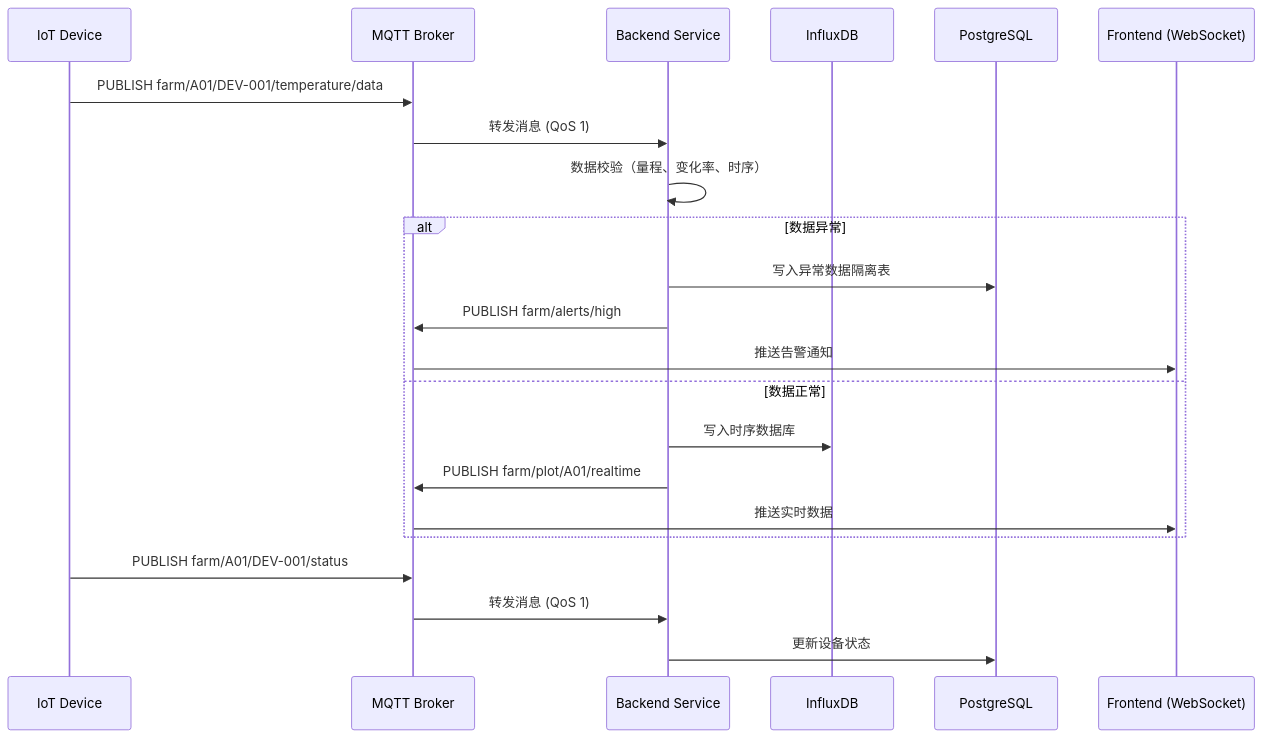
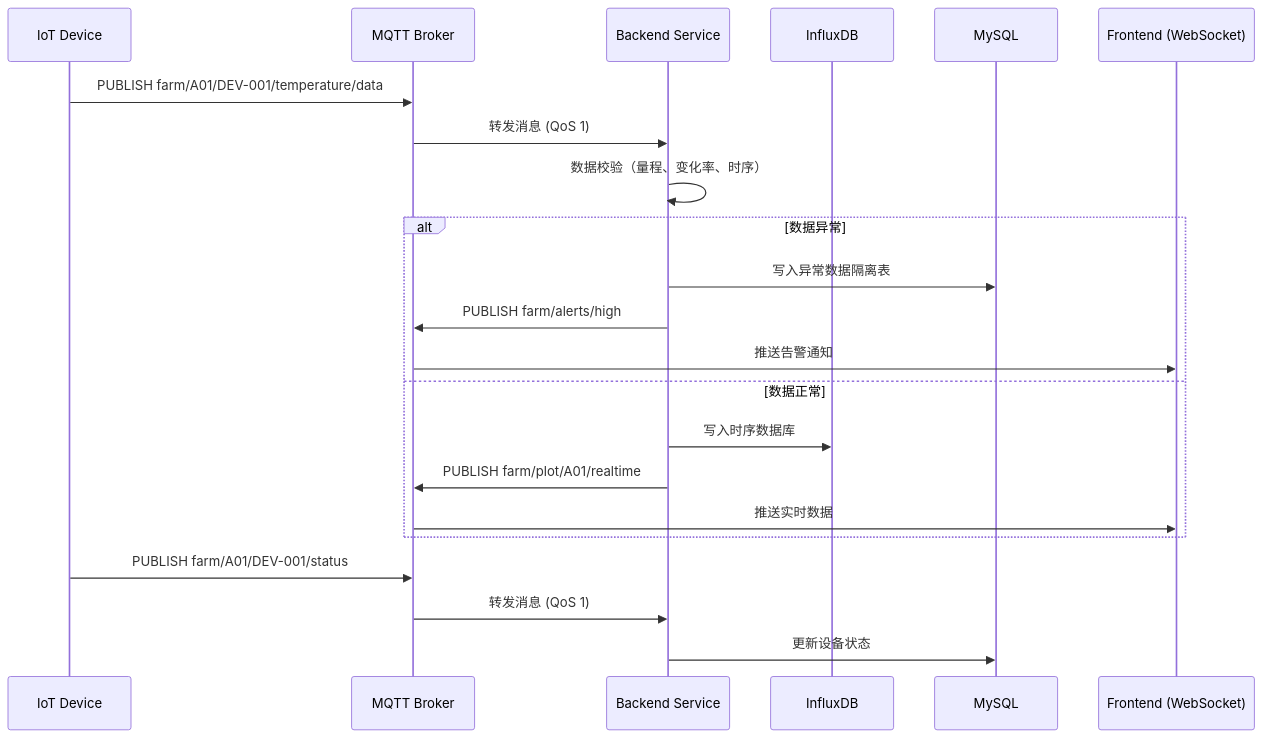
The first of 2 diagrams in specs/001-farm-management-system/contracts/mqtt-contracts.md (abc-nikc/Agri_005), drawn with Mermaid before and after one commit. The commit also changed other lines of this file and 38 other files, not shown here.

Commit message:
fix: complete MySQL migration and startup flow

````diff
--- a/specs/001-farm-management-system/contracts/mqtt-contracts.md
+++ b/specs/001-farm-management-system/contracts/mqtt-contracts.md
@@ -270,27 +270,27 @@
 ```mermaid
 sequenceDiagram
     participant Device as IoT Device
     participant Broker as MQTT Broker
     participant Backend as Backend Service
     participant InfluxDB as InfluxDB
-    participant Postgres as PostgreSQL
+    participant MySQL
     participant Frontend as Frontend (WebSocket)
 
     Device->>Broker: PUBLISH farm/A01/DEV-001/temperature/data
     Broker->>Backend: 转发消息 (QoS 1)
     Backend->>Backend: 数据校验（量程、变化率、时序）
     
     alt 数据异常
-        Backend->>Postgres: 写入异常数据隔离表
+        Backend->>MySQL: 写入异常数据隔离表
         Backend->>Broker: PUBLISH farm/alerts/high
         Broker->>Frontend: 推送告警通知
     else 数据正常
         Backend->>InfluxDB: 写入时序数据库
         Backend->>Broker: PUBLISH farm/plot/A01/realtime
         Broker->>Frontend: 推送实时数据
     end
 
     Device->>Broker: PUBLISH farm/A01/DEV-001/status
     Broker->>Backend: 转发消息 (QoS 1)
-    Backend->>Postgres: 更新设备状态
+    Backend->>MySQL: 更新设备状态
 ```
````
